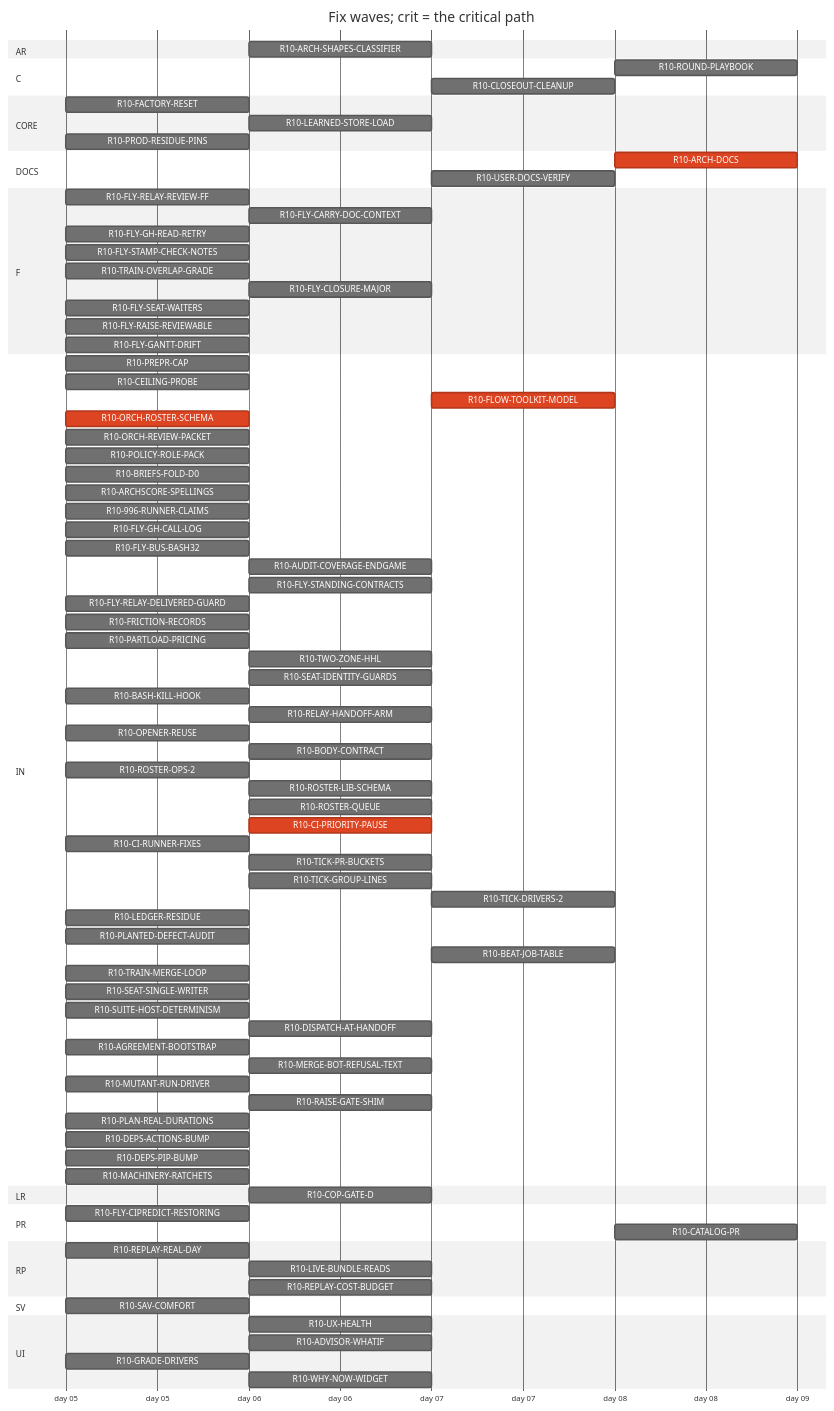
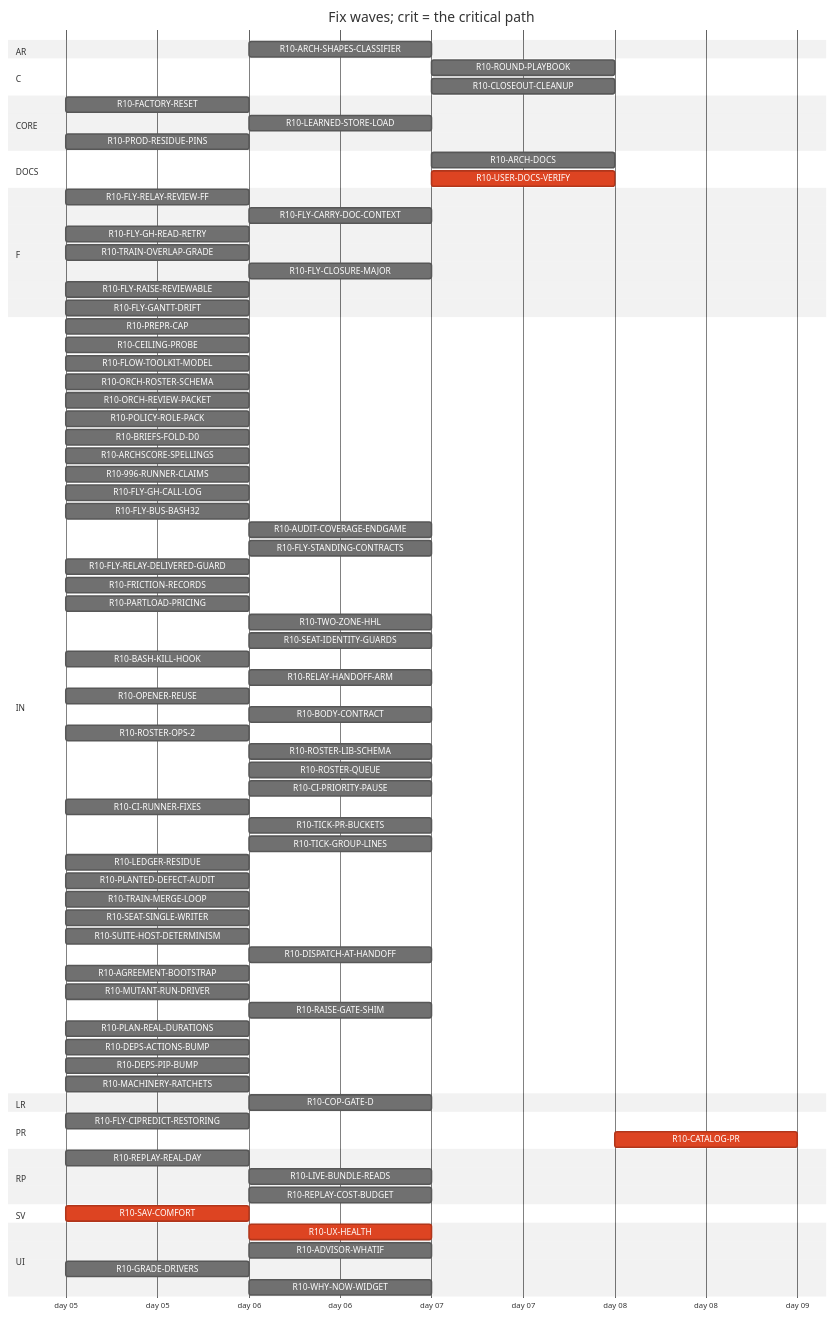
Before and after one commit to tvofi/heatpump_optimizer: the diagram in handoff/round10/state/PLAN-TABLE.md, drawn with Mermaid (neutral theme). The commit also changed other lines of this file and 4 other files, not shown here.

Commit message:
state: FLOW-BOARD.md, NEXT-SESSION-PROMPT.md, PLAN-TABLE.md, PLAN.html, RESUME-CURRENT.md regenerated (state_docs.py)

```diff
--- a/handoff/round10/state/PLAN-TABLE.md
+++ b/handoff/round10/state/PLAN-TABLE.md
@@ -29,30 +29,28 @@
   section AR
     R10-ARCH-SHAPES-CLASSIFIER :r10ARCHSHAPESCLASSIFIER, after r10996RUNNERCLAIMS, 1d
   section C
-    R10-ROUND-PLAYBOOK :r10ROUNDPLAYBOOK, after r10FLYRELAYREVIEWFF r10AUDITCOVERAGEENDGAME r10ORCHROSTERSCHEMA r10FLOWTOOLKITMODEL r10TRAINOVERLAPGRADE r10POLICYROLEPACK r10ORCHREVIEWPACKET r10FRICTIONRECORDS r10COPGATED r10GRADEDRIVERS r10PARTLOADPRICING r10TWOZONEHHL r10SEATIDENTITYGUARDS r10BASHKILLHOOK r10RELAYHANDOFFARM r10OPENERREUSE r10BODYCONTRACT r10ROSTEROPS2 r10ROSTERLIBSCHEMA r10ROSTERQUEUE r10CIPRIORITYPAUSE r10CIRUNNERFIXES r10TICKPRBUCKETS r10TICKGROUPLINES r10TICKDRIVERS2 r10LEDGERRESIDUE r10PLANTEDDEFECTAUDIT r10BEATJOBTABLE r10TRAINMERGELOOP r10SEATSINGLEWRITER r10SUITEHOSTDETERMINISM r10DISPATCHATHANDOFF r10AGREEMENTBOOTSTRAP r10MERGEBOTREFUSALTEXT r10MUTANTRUNDRIVER r10RAISEGATESHIM r10LIVEBUNDLEREADS r10REPLAYCOSTBUDGET r10CLOSEOUTCLEANUP, 1d
+    R10-ROUND-PLAYBOOK :r10ROUNDPLAYBOOK, after r10POLICYROLEPACK r10FRICTIONRECORDS r10COPGATED r10GRADEDRIVERS r10PARTLOADPRICING r10TWOZONEHHL r10OPENERREUSE r10BODYCONTRACT r10CIPRIORITYPAUSE r10TRAINMERGELOOP r10DISPATCHATHANDOFF r10LIVEBUNDLEREADS, 1d
     R10-CLOSEOUT-CLEANUP :r10CLOSEOUTCLEANUP, after r10AUDITCOVERAGEENDGAME, 1d
   section CORE
     R10-FACTORY-RESET :r10FACTORYRESET, 2026-01-05, 1d
     R10-LEARNED-STORE-LOAD :r10LEARNEDSTORELOAD, after r10FACTORYRESET, 1d
     R10-PROD-RESIDUE-PINS :r10PRODRESIDUEPINS, 2026-01-05, 1d
   section DOCS
-    R10-ARCH-DOCS :crit, r10ARCHDOCS, after r10UXHEALTH r10SAVCOMFORT r10CEILINGPROBE r10FLYRELAYREVIEWFF r10FLYCARRYDOCCONTEXT r10FLOWTOOLKITMODEL r10FLYSTAMPCHECKNOTES r10TRAINOVERLAPGRADE r10ORCHROSTERSCHEMA r10ORCHREVIEWPACKET r10POLICYROLEPACK r10BRIEFSFOLDD0 r10REPLAYREALDAY r10ARCHSCORESPELLINGS r10FRICTIONRECORDS r10COPGATED r10GRADEDRIVERS r10PARTLOADPRICING r10TWOZONEHHL r10SEATIDENTITYGUARDS r10BASHKILLHOOK r10RELAYHANDOFFARM r10OPENERREUSE r10BODYCONTRACT r10ROSTEROPS2 r10ROSTERLIBSCHEMA r10ROSTERQUEUE r10CIPRIORITYPAUSE r10CIRUNNERFIXES r10TICKPRBUCKETS r10TICKGROUPLINES r10TICKDRIVERS2 r10LEDGERRESIDUE r10PLANTEDDEFECTAUDIT r10BEATJOBTABLE r10TRAINMERGELOOP r10SEATSINGLEWRITER r10SUITEHOSTDETERMINISM r10DISPATCHATHANDOFF r10AGREEMENTBOOTSTRAP r10MERGEBOTREFUSALTEXT r10MUTANTRUNDRIVER r10RAISEGATESHIM r10LIVEBUNDLEREADS r10REPLAYCOSTBUDGET, 1d
-    R10-USER-DOCS-VERIFY :r10USERDOCSVERIFY, after r10UXHEALTH r10SAVCOMFORT r10CEILINGPROBE r10FACTORYRESET r10ARCHSHAPESCLASSIFIER r10FRICTIONRECORDS r10COPGATED r10GRADEDRIVERS r10PARTLOADPRICING r10TWOZONEHHL r10LIVEBUNDLEREADS r10WHYNOWWIDGET r10ADVISORWHATIF r10LEARNEDSTORELOAD, 1d
+    R10-ARCH-DOCS :r10ARCHDOCS, after r10UXHEALTH r10SAVCOMFORT r10CEILINGPROBE r10POLICYROLEPACK r10REPLAYREALDAY r10FRICTIONRECORDS r10COPGATED r10GRADEDRIVERS r10PARTLOADPRICING r10TWOZONEHHL r10OPENERREUSE r10BODYCONTRACT r10CIPRIORITYPAUSE r10TRAINMERGELOOP r10DISPATCHATHANDOFF r10LIVEBUNDLEREADS, 1d
+    R10-USER-DOCS-VERIFY :crit, r10USERDOCSVERIFY, after r10UXHEALTH r10SAVCOMFORT r10CEILINGPROBE r10FACTORYRESET r10ARCHSHAPESCLASSIFIER r10FRICTIONRECORDS r10COPGATED r10GRADEDRIVERS r10PARTLOADPRICING r10TWOZONEHHL r10LIVEBUNDLEREADS r10WHYNOWWIDGET r10ADVISORWHATIF r10LEARNEDSTORELOAD, 1d
   section F
     R10-FLY-RELAY-REVIEW-FF :r10FLYRELAYREVIEWFF, 2026-01-05, 1d
     R10-FLY-CARRY-DOC-CONTEXT :r10FLYCARRYDOCCONTEXT, after r10FLYGHREADRETRY, 1d
     R10-FLY-GH-READ-RETRY :r10FLYGHREADRETRY, 2026-01-05, 1d
-    R10-FLY-STAMP-CHECK-NOTES :r10FLYSTAMPCHECKNOTES, 2026-01-05, 1d
     R10-TRAIN-OVERLAP-GRADE :r10TRAINOVERLAPGRADE, 2026-01-05, 1d
     R10-FLY-CLOSURE-MAJOR :r10FLYCLOSUREMAJOR, after r10MACHINERYRATCHETS, 1d
-    R10-FLY-SEAT-WAITERS :r10FLYSEATWAITERS, 2026-01-05, 1d
     R10-FLY-RAISE-REVIEWABLE :r10FLYRAISEREVIEWABLE, 2026-01-05, 1d
     R10-FLY-GANTT-DRIFT :r10FLYGANTTDRIFT, 2026-01-05, 1d
   section IN
     R10-PREPR-CAP :r10PREPRCAP, 2026-01-05, 1d
     R10-CEILING-PROBE :r10CEILINGPROBE, 2026-01-05, 1d
-    R10-FLOW-TOOLKIT-MODEL :crit, r10FLOWTOOLKITMODEL, after r10CIPRIORITYPAUSE, 1d
-    R10-ORCH-ROSTER-SCHEMA :crit, r10ORCHROSTERSCHEMA, 2026-01-05, 1d
+    R10-FLOW-TOOLKIT-MODEL :r10FLOWTOOLKITMODEL, 2026-01-05, 1d
+    R10-ORCH-ROSTER-SCHEMA :r10ORCHROSTERSCHEMA, 2026-01-05, 1d
     R10-ORCH-REVIEW-PACKET :r10ORCHREVIEWPACKET, 2026-01-05, 1d
     R10-POLICY-ROLE-PACK :r10POLICYROLEPACK, 2026-01-05, 1d
     R10-BRIEFS-FOLD-D0 :r10BRIEFSFOLDD0, 2026-01-05, 1d
@@ -74,20 +72,17 @@
     R10-ROSTER-OPS-2 :r10ROSTEROPS2, 2026-01-05, 1d
     R10-ROSTER-LIB-SCHEMA :r10ROSTERLIBSCHEMA, after r10ORCHROSTERSCHEMA, 1d
     R10-ROSTER-QUEUE :r10ROSTERQUEUE, after r10ORCHROSTERSCHEMA, 1d
-    R10-CI-PRIORITY-PAUSE :crit, r10CIPRIORITYPAUSE, after r10ORCHROSTERSCHEMA, 1d
+    R10-CI-PRIORITY-PAUSE :r10CIPRIORITYPAUSE, after r10ORCHROSTERSCHEMA, 1d
     R10-CI-RUNNER-FIXES :r10CIRUNNERFIXES, 2026-01-05, 1d
     R10-TICK-PR-BUCKETS :r10TICKPRBUCKETS, after r10MUTANTRUNDRIVER, 1d
     R10-TICK-GROUP-LINES :r10TICKGROUPLINES, after r10ORCHROSTERSCHEMA, 1d
-    R10-TICK-DRIVERS-2 :r10TICKDRIVERS2, after r10TICKGROUPLINES, 1d
     R10-LEDGER-RESIDUE :r10LEDGERRESIDUE, 2026-01-05, 1d
     R10-PLANTED-DEFECT-AUDIT :r10PLANTEDDEFECTAUDIT, 2026-01-05, 1d
-    R10-BEAT-JOB-TABLE :r10BEATJOBTABLE, after r10FLYSTANDINGCONTRACTS, 1d
     R10-TRAIN-MERGE-LOOP :r10TRAINMERGELOOP, 2026-01-05, 1d
     R10-SEAT-SINGLE-WRITER :r10SEATSINGLEWRITER, 2026-01-05, 1d
     R10-SUITE-HOST-DETERMINISM :r10SUITEHOSTDETERMINISM, 2026-01-05, 1d
     R10-DISPATCH-AT-HANDOFF :r10DISPATCHATHANDOFF, after r10ORCHREVIEWPACKET r10MUTANTRUNDRIVER, 1d
     R10-AGREEMENT-BOOTSTRAP :r10AGREEMENTBOOTSTRAP, 2026-01-05, 1d
-    R10-MERGE-BOT-REFUSAL-TEXT :r10MERGEBOTREFUSALTEXT, after r10996RUNNERCLAIMS, 1d
     R10-MUTANT-RUN-DRIVER :r10MUTANTRUNDRIVER, 2026-01-05, 1d
     R10-RAISE-GATE-SHIM :r10RAISEGATESHIM, after r10FLYGHCALLLOG, 1d
     R10-PLAN-REAL-DURATIONS :r10PLANREALDURATIONS, 2026-01-05, 1d
@@ -98,15 +93,15 @@
     R10-COP-GATE-D :r10COPGATED, after r10CEILINGPROBE, 1d
   section PR
     R10-FLY-CIPREDICT-RESTORING :r10FLYCIPREDICTRESTORING, 2026-01-05, 1d
-    R10-CATALOG-PR :r10CATALOGPR, after r10USERDOCSVERIFY r10AUDITCOVERAGEENDGAME, 1d
+    R10-CATALOG-PR :crit, r10CATALOGPR, after r10USERDOCSVERIFY r10AUDITCOVERAGEENDGAME, 1d
   section RP
     R10-REPLAY-REAL-DAY :r10REPLAYREALDAY, 2026-01-05, 1d
     R10-LIVE-BUNDLE-READS :r10LIVEBUNDLEREADS, after r10REPLAYREALDAY, 1d
     R10-REPLAY-COST-BUDGET :r10REPLAYCOSTBUDGET, after r10REPLAYREALDAY, 1d
   section SV
-    R10-SAV-COMFORT :r10SAVCOMFORT, 2026-01-05, 1d
+    R10-SAV-COMFORT :crit, r10SAVCOMFORT, 2026-01-05, 1d
   section UI
-    R10-UX-HEALTH :r10UXHEALTH, after r10SAVCOMFORT, 1d
+    R10-UX-HEALTH :crit, r10UXHEALTH, after r10SAVCOMFORT, 1d
     R10-ADVISOR-WHATIF :r10ADVISORWHATIF, after r10SAVCOMFORT, 1d
     R10-GRADE-DRIVERS :r10GRADEDRIVERS, 2026-01-05, 1d
     R10-WHY-NOW-WIDGET :r10WHYNOWWIDGET, after r10GRADEDRIVERS, 1d
```
